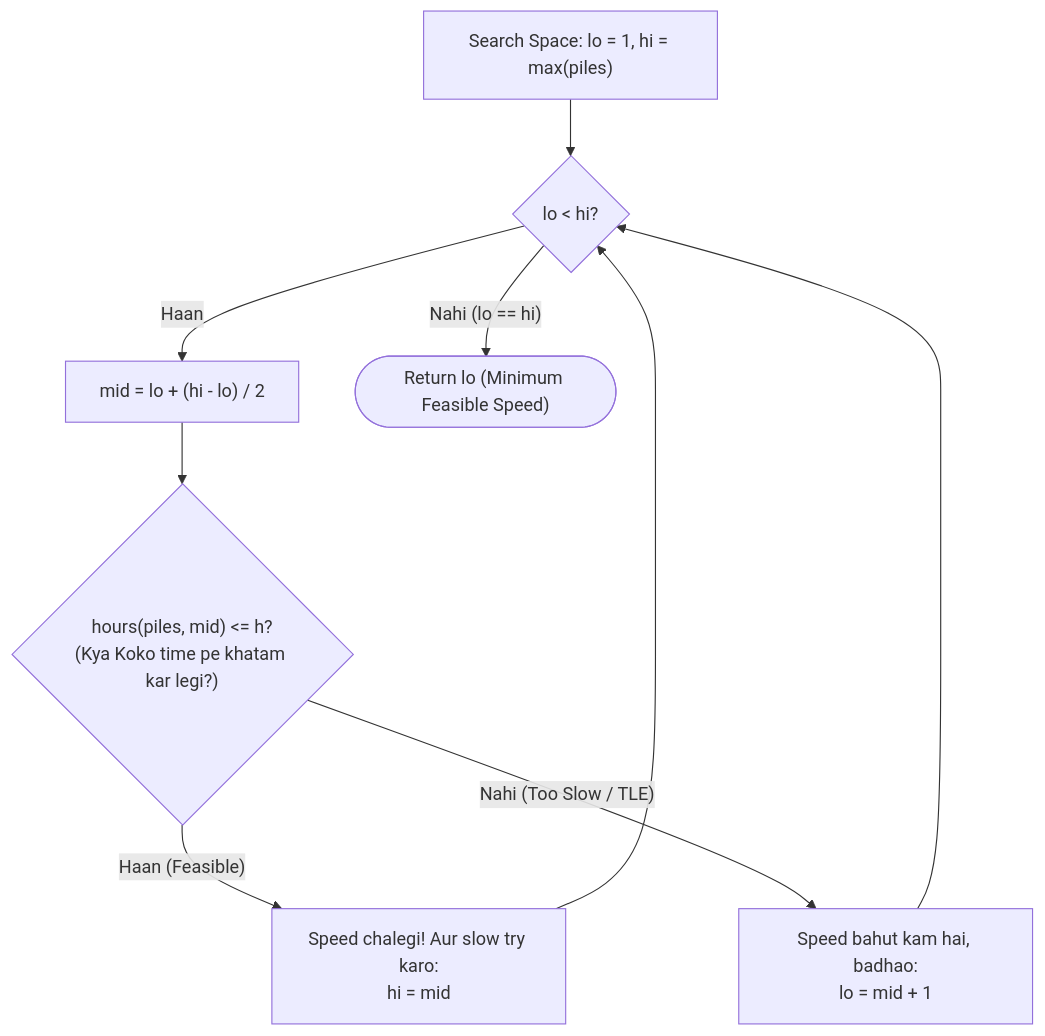
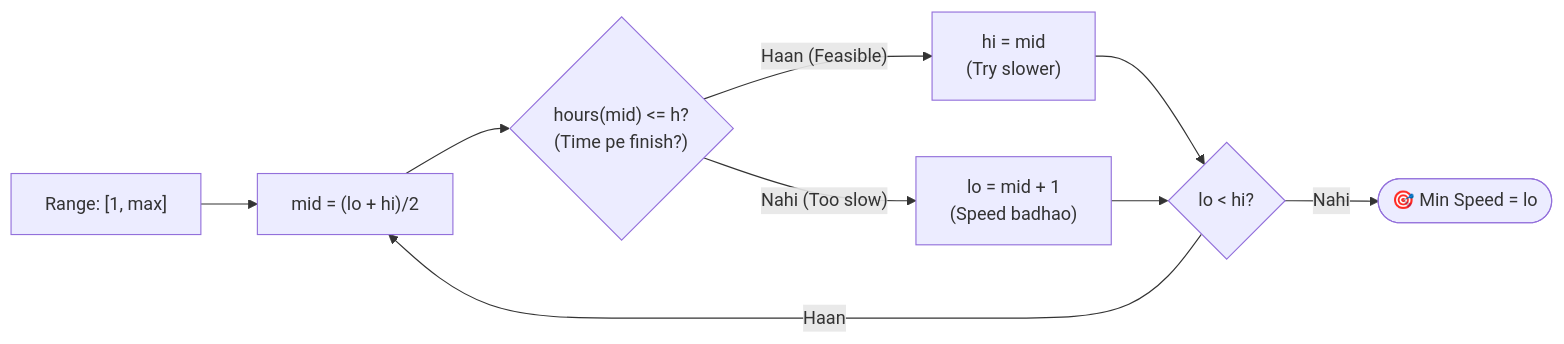
Before and after one commit to Kali-Prem/dsa-logic-building-playbook: the ninth of 11 diagrams in README.md, drawn with Mermaid. The commit also changed other lines of this file, not shown here.

Commit message:
optimize flowcharts to compact horizontal LR layout for GitHub

````diff
--- a/README.md
+++ b/README.md
@@ -1288,14 +1260,11 @@
 ```mermaid
-flowchart TD
-    Init["Search Space: lo = 1, hi = max(piles)"] --> Loop{"lo < hi?"}
-    Loop -->|"Haan"| CalcMid["mid = lo + (hi - lo) / 2"]
-    CalcMid --> CheckHours{"hours(piles, mid) <= h?<br/>(Kya Koko time pe khatam kar legi?)"}
-    
-    CheckHours -->|"Haan (Feasible)"| SearchLeft["Speed chalegi! Aur slow try karo:<br/>hi = mid"]
-    CheckHours -->|"Nahi (Too Slow / TLE)"| SearchRight["Speed bahut kam hai, badhao:<br/>lo = mid + 1"]
-    
-    SearchLeft --> Loop
-    SearchRight --> Loop
-    
-    Loop -->|"Nahi (lo == hi)"| Done(["Return lo (Minimum Feasible Speed)"])
+flowchart LR
+    Space["Range: [1, max]"] --> Mid["mid = (lo + hi)/2"]
+    Mid --> Hours{"hours(mid) <= h?<br/>(Time pe finish?)"}
+    Hours -->|"Haan (Feasible)"| Slower["hi = mid<br/>(Try slower)"]
+    Hours -->|"Nahi (Too slow)"| Faster["lo = mid + 1<br/>(Speed badhao)"]
+    Slower --> Loop{"lo < hi?"}
+    Faster --> Loop
+    Loop -->|"Haan"| Mid
+    Loop -->|"Nahi"| Done(["🎯 Min Speed = lo"])
 ```
````
